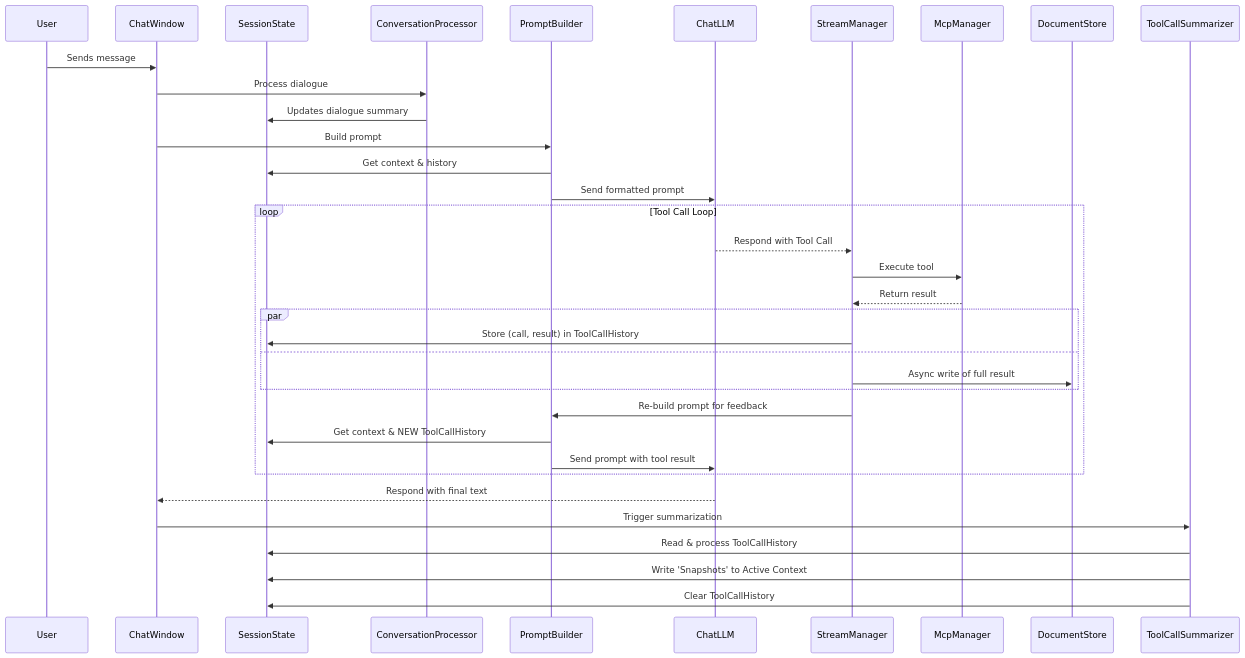
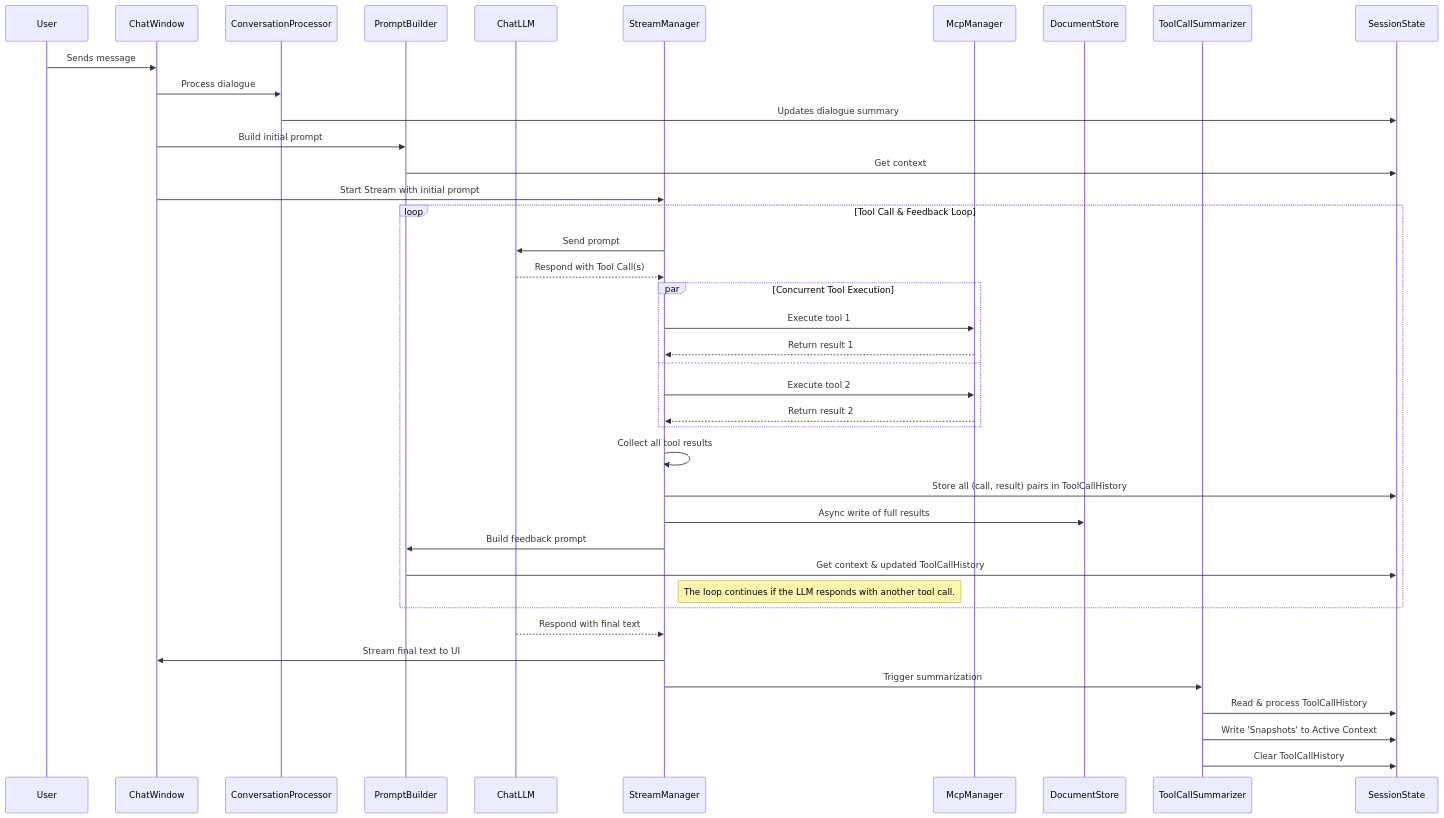
One commit to dustmoo/cai-hobbes changed the second of 2 diagrams in PROPOSED-DOC-CONTEXT-ARCH.md. Above: the diagram before and after it, drawn with Mermaid. The commit also changed other lines of this file and 5 other files, not shown here.

Commit message:
feat: Stabilize core loop and tool context

````diff
--- a/PROPOSED-DOC-CONTEXT-ARCH.md
+++ b/PROPOSED-DOC-CONTEXT-ARCH.md
@@ -76,43 +80,50 @@
 ```mermaid
 sequenceDiagram
     participant User
     participant ChatWindow
-    participant SessionState
     participant ConversationProcessor
     participant PromptBuilder
     participant ChatLLM
     participant StreamManager
     participant McpManager
     participant DocumentStore
     participant ToolCallSummarizer
+    participant SessionState
 
     User->>ChatWindow: Sends message
     ChatWindow->>ConversationProcessor: Process dialogue
     ConversationProcessor->>SessionState: Updates dialogue summary
-    ChatWindow->>PromptBuilder: Build prompt
-    PromptBuilder->>SessionState: Get context & history
-    PromptBuilder->>ChatLLM: Send formatted prompt
+    ChatWindow->>PromptBuilder: Build initial prompt
+    PromptBuilder->>SessionState: Get context
+    ChatWindow->>StreamManager: Start Stream with initial prompt
 
-    loop Tool Call Loop
-        ChatLLM-->>StreamManager: Respond with Tool Call
-        StreamManager->>McpManager: Execute tool
-        McpManager-->>StreamManager: Return result
+    loop Tool Call & Feedback Loop
+        StreamManager->>ChatLLM: Send prompt
+        ChatLLM-->>StreamManager: Respond with Tool Call(s)
         
-        par
-            StreamManager->>SessionState: Store (call, result) in ToolCallHistory
+        par Concurrent Tool Execution
+            StreamManager->>McpManager: Execute tool 1
+            McpManager-->>StreamManager: Return result 1
         and
-            StreamManager->>DocumentStore: Async write of full result
+            StreamManager->>McpManager: Execute tool 2
+            McpManager-->>StreamManager: Return result 2
         end
-
-        StreamManager->>PromptBuilder: Re-build prompt for feedback
-        PromptBuilder->>SessionState: Get context & NEW ToolCallHistory
-        PromptBuilder->>ChatLLM: Send prompt with tool result
+        
+        StreamManager->>StreamManager: Collect all tool results
+        StreamManager->>SessionState: Store all (call, result) pairs in ToolCallHistory
+        StreamManager->>DocumentStore: Async write of full results
+        
+        StreamManager->>PromptBuilder: Build feedback prompt
+        PromptBuilder->>SessionState: Get context & updated ToolCallHistory
+        
+        note right of StreamManager: The loop continues if the LLM responds with another tool call.
     end
 
-    ChatLLM-->>ChatWindow: Respond with final text
+    ChatLLM-->>StreamManager: Respond with final text
+    StreamManager->>ChatWindow: Stream final text to UI
     
-    ChatWindow->>ToolCallSummarizer: Trigger summarization
+    StreamManager->>ToolCallSummarizer: Trigger summarization
     ToolCallSummarizer->>SessionState: Read & process ToolCallHistory
     ToolCallSummarizer->>SessionState: Write 'Snapshots' to Active Context
     ToolCallSummarizer->>SessionState: Clear ToolCallHistory
 ```
````
